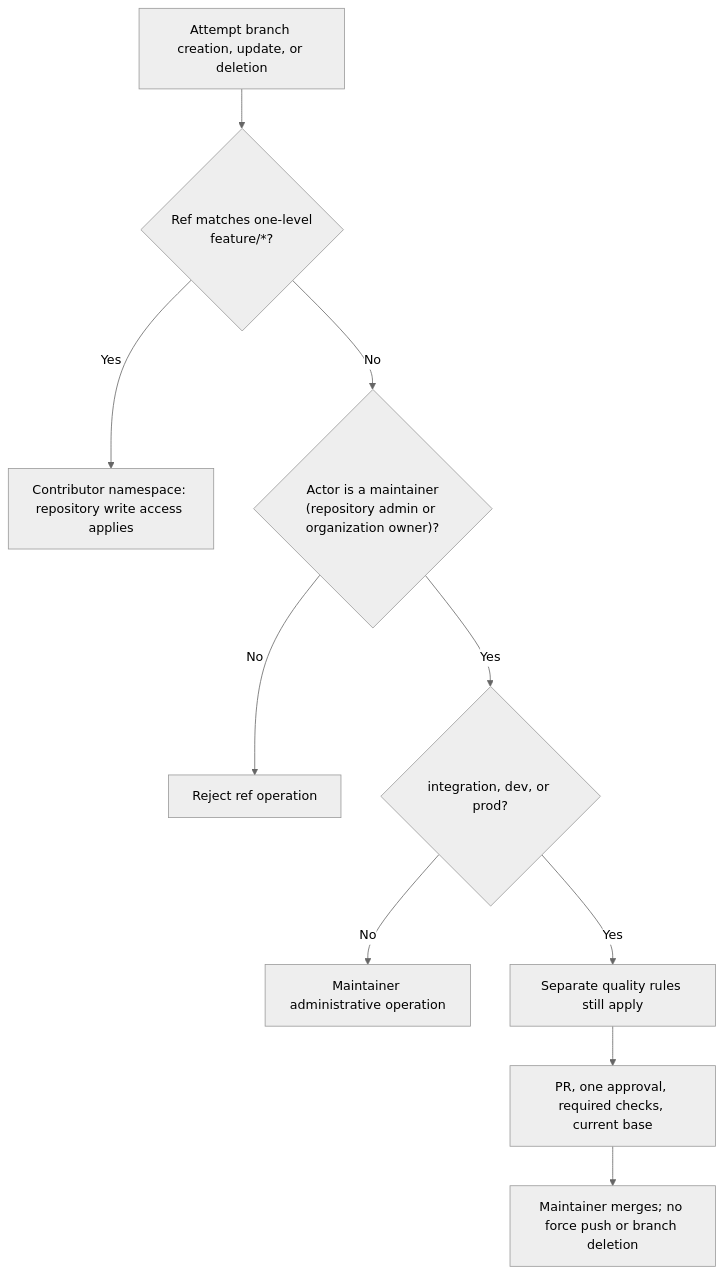
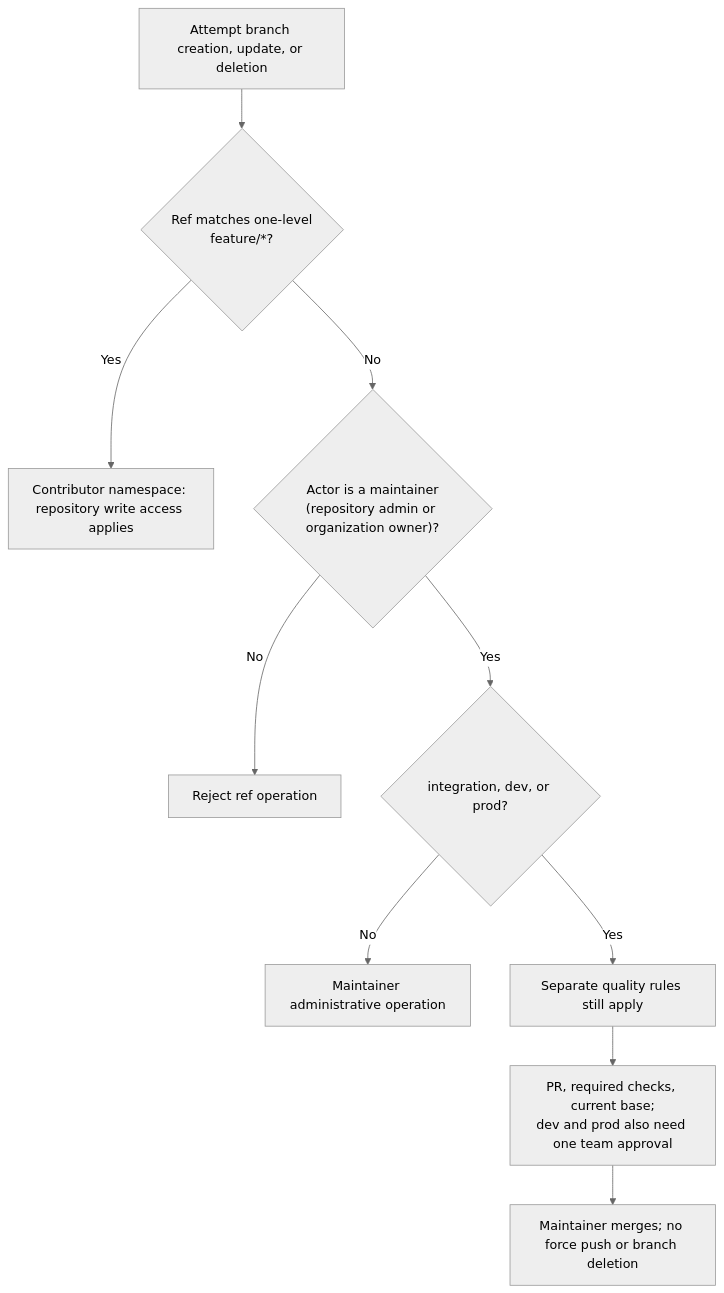
The second of 18 diagrams in docs/CI_CD.md (Yale-Undergraduate-Consulting-Group/club-res-website), drawn with Mermaid (neutral theme) before and after one commit. The commit also changed other lines of this file and 4 other files, not shown here.

````diff
--- a/docs/CI_CD.md
+++ b/docs/CI_CD.md
@@ -68,12 +68,12 @@
 ```mermaid
 flowchart TD
   A["Attempt branch creation, update, or deletion"] --> N{"Ref matches one-level<br/>feature/*?"}
   N -->|Yes| C["Contributor namespace: repository write access applies"]
   N -->|No| O{"Actor is a maintainer<br/>(repository admin or organization owner)?"}
   O -->|No| X["Reject ref operation"]
   O -->|Yes| S{"integration, dev, or prod?"}
   S -->|No| ADMIN["Maintainer administrative operation"]
   S -->|Yes| Q["Separate quality rules still apply"]
-  Q --> R["PR, one approval, required checks, current base"]
+  Q --> R["PR, required checks, current base;<br/>dev and prod also need one team approval"]
   R --> M["Maintainer merges; no force push or branch deletion"]
 ```
````
